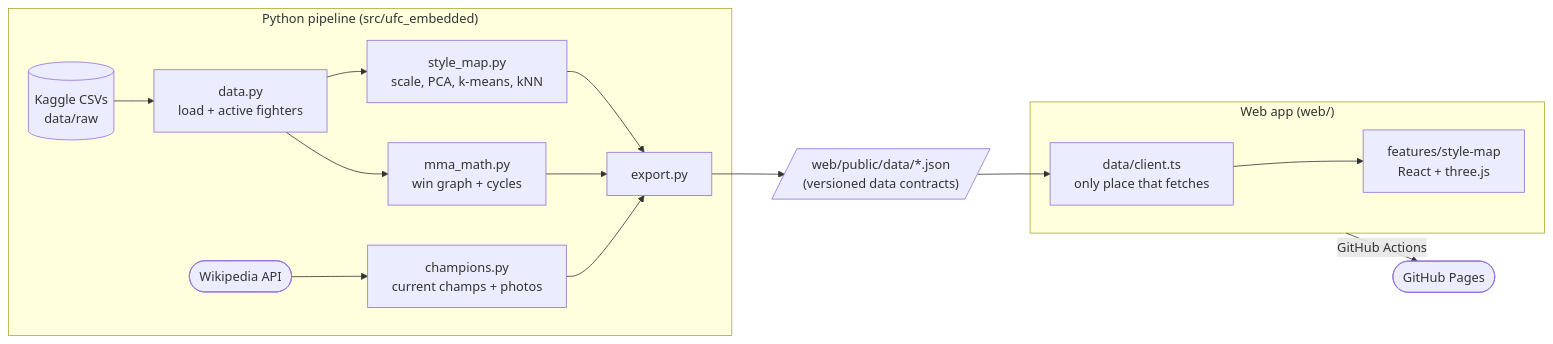
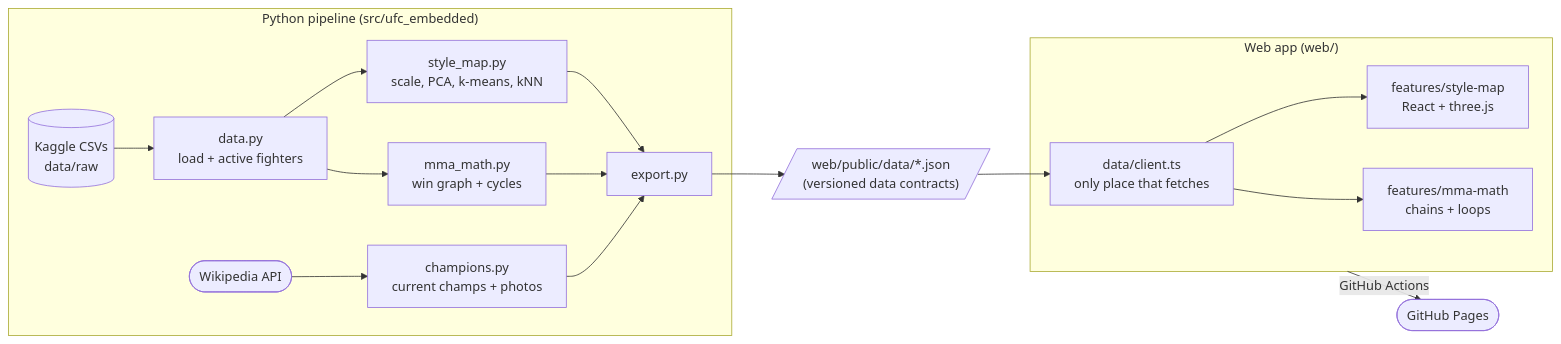
Before and after one commit to abbasly/ufc_embedded: the diagram in README.md, drawn with Mermaid. The commit also changed other lines of this file, not shown here.

Commit message:
docs: update README for MMA math, analytics and known limitations

````diff
--- a/README.md
+++ b/README.md
@@ -30,21 +30,22 @@
 ```mermaid
 flowchart LR
     subgraph py["Python pipeline (src/ufc_embedded)"]
         raw[("Kaggle CSVs<br/>data/raw")] --> data["data.py<br/>load + active fighters"]
         data --> sm["style_map.py<br/>scale, PCA, k-means, kNN"]
         wiki(["Wikipedia API"]) --> champs["champions.py<br/>current champs + photos"]
         data --> mma["mma_math.py<br/>win graph + cycles"]
         sm --> export["export.py"]
         champs --> export
         mma --> export
     end
 
     export --> json[/"web/public/data/*.json<br/>(versioned data contracts)"/]
 
     subgraph web["Web app (web/)"]
         client["data/client.ts<br/>only place that fetches"] --> feat["features/style-map<br/>React + three.js"]
+        client --> mmaui["features/mma-math<br/>chains + loops"]
     end
 
     json --> client
     web -->|"GitHub Actions"| pages(["GitHub Pages"])
 ```
````
